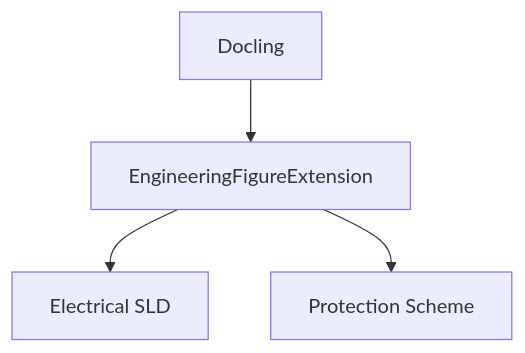
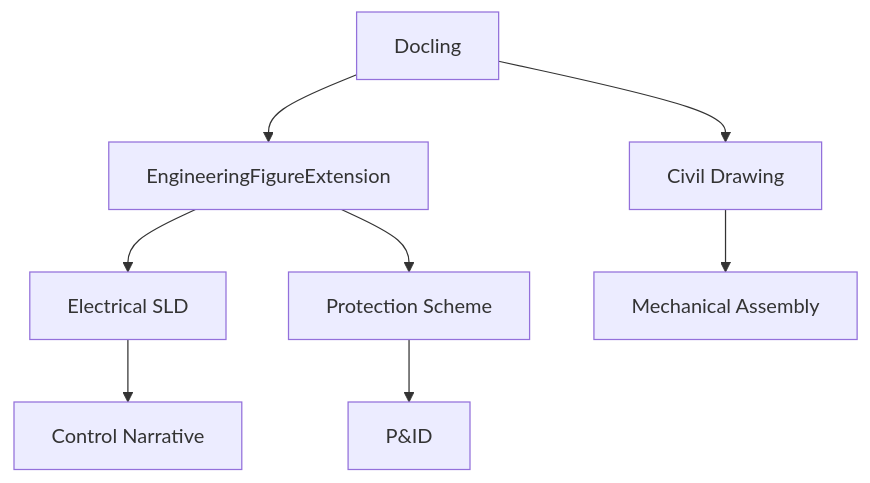
The third of 3 diagrams in output.md (KupipiKuki/pdf2md), drawn with Mermaid before and after one commit. The commit also changed other lines of this file and 4 other files, not shown here.

````diff
--- a/output.md
+++ b/output.md
@@ -221,10 +221,18 @@
 ```mermaid
 flowchart TD
     Docling_1["Docling"]
     EngineeringF_2["EngineeringFigureExtension"]
     ElectricalSL_3["Electrical SLD"]
     ProtectionSc_4["Protection Scheme"]
+    PID_5["P&ID"]
+    CivilDrawing_6["Civil Drawing"]
+    MechanicalAs_7["Mechanical Assembly"]
+    ControlNarra_8["Control Narrative"]
     Docling_1 --> EngineeringF_2
     EngineeringF_2 --> ElectricalSL_3
     EngineeringF_2 --> ProtectionSc_4
+    ProtectionSc_4 --> PID_5
+    Docling_1 --> CivilDrawing_6
+    CivilDrawing_6 --> MechanicalAs_7
+    ElectricalSL_3 --> ControlNarra_8
 ```
````
